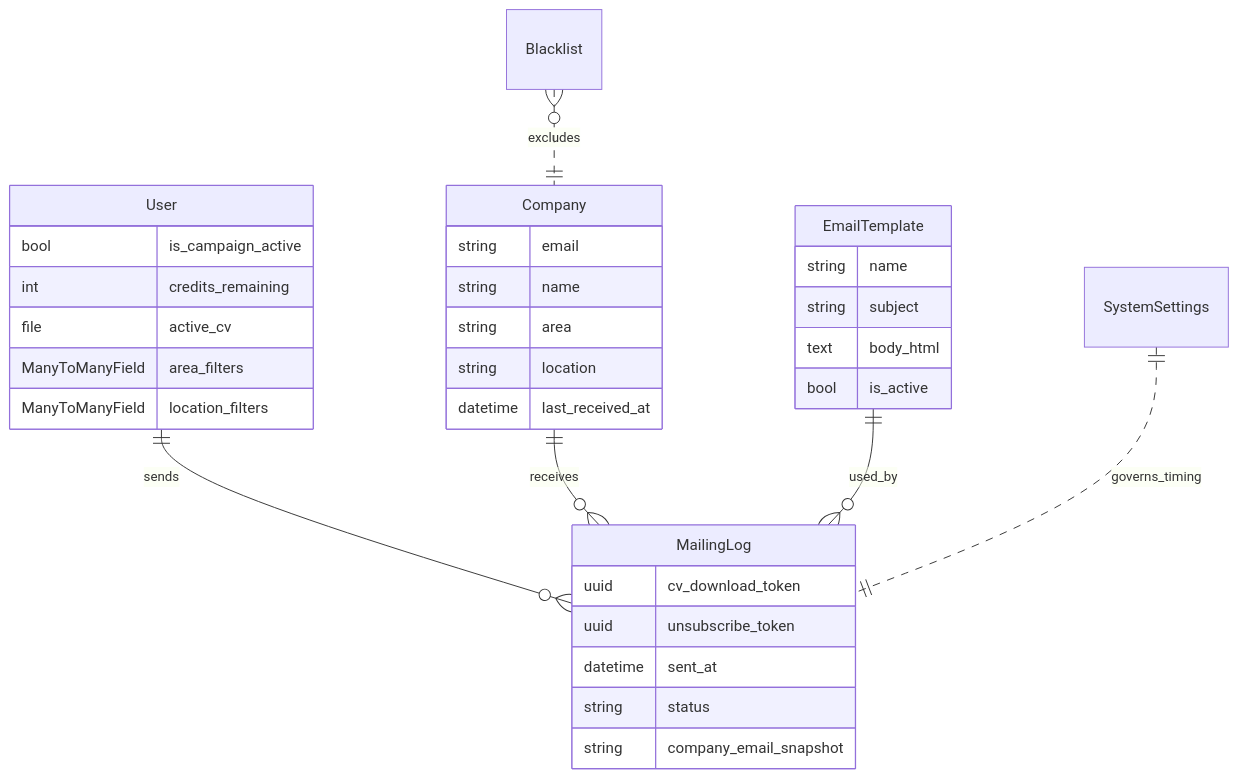
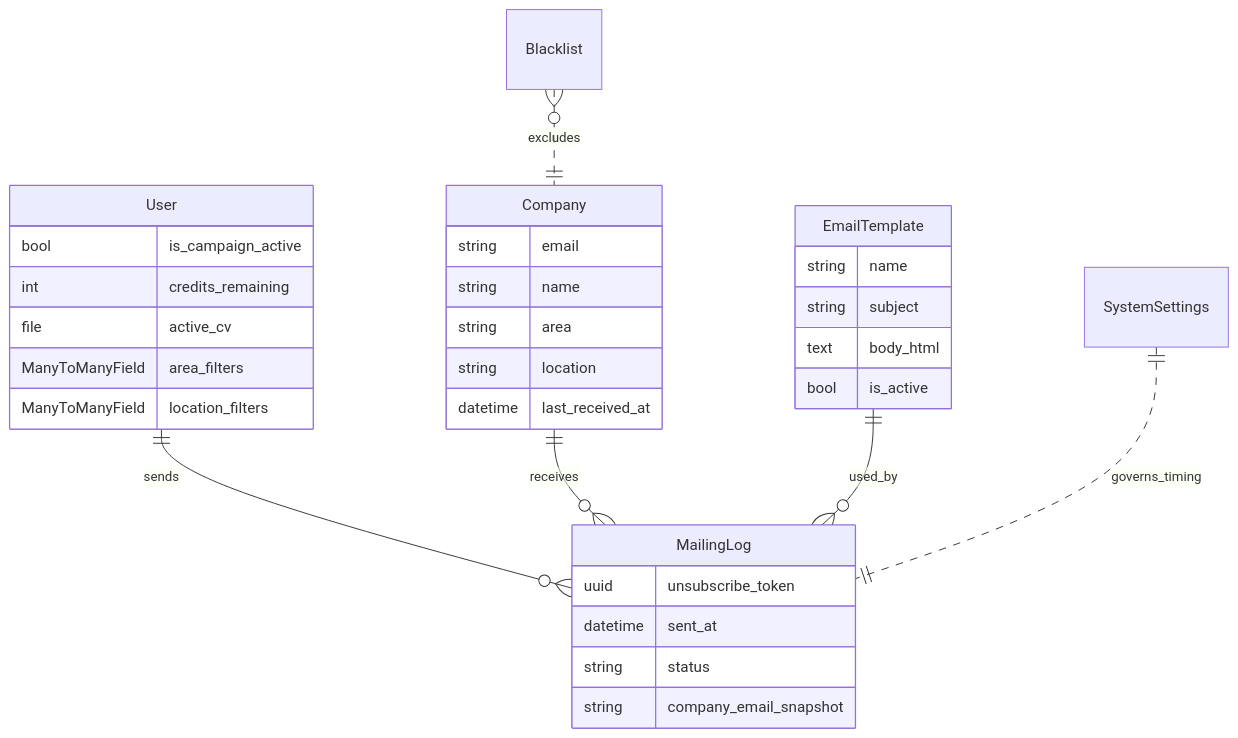
One commit to darideveloper/fastjob changed the first of 2 diagrams in docs/features/mailing-engine.md. Above: the diagram before and after it, drawn with Mermaid. The commit also changed other lines of this file and 9 other files, not shown here.

````diff
--- a/docs/features/mailing-engine.md
+++ b/docs/features/mailing-engine.md
@@ -55,36 +55,35 @@
 ```mermaid
 erDiagram
     User ||--o{ MailingLog : sends
     Company ||--o{ MailingLog : receives
     EmailTemplate ||--o{ MailingLog : used_by
     Blacklist }o..|| Company : excludes
     SystemSettings ||..|| MailingLog : governs_timing
 
     User {
         bool is_campaign_active
         int credits_remaining
         file active_cv
         ManyToManyField area_filters
         ManyToManyField location_filters
     }
     Company {
         string email
         string name
         string area
         string location
         datetime last_received_at
     }
     EmailTemplate {
         string name
         string subject
         text body_html
         bool is_active
     }
     MailingLog {
-        uuid cv_download_token
         uuid unsubscribe_token
         datetime sent_at
         string status
         string company_email_snapshot
     }
 ```
````
